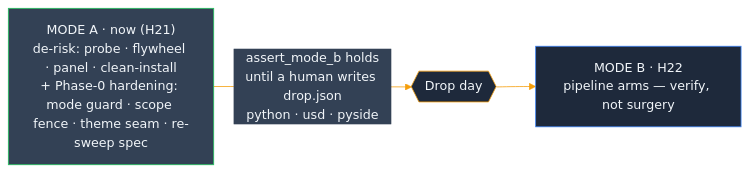
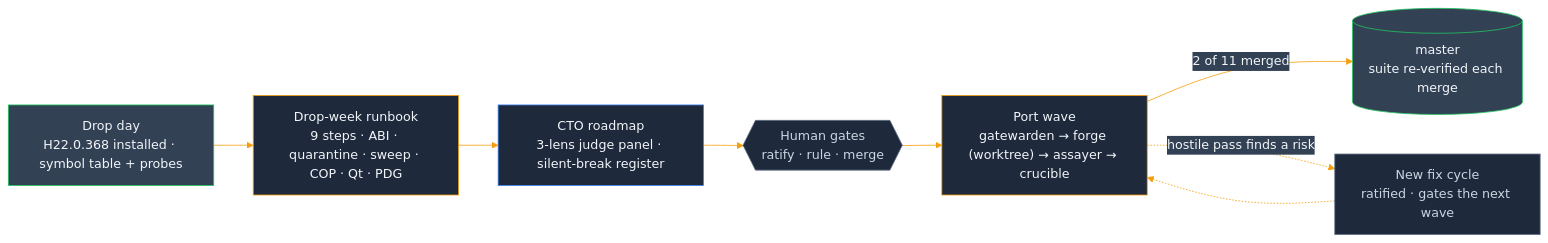
Before and after one commit to JosephOIbrahim/Synapse: the second of 6 diagrams in README.md, drawn with Mermaid. The commit also changed other lines of this file and 5 other files, not shown here.

````diff
--- a/README.md
+++ b/README.md
@@ -109,9 +113,15 @@
 ```mermaid
 %%{init: {'theme':'base', 'themeVariables': {'primaryColor':'#1e293b','primaryTextColor':'#f1f5f9','primaryBorderColor':'#0f172a','lineColor':'#f59e0b','secondaryColor':'#334155','tertiaryColor':'#475569'}}}%%
 flowchart LR
-    A["MODE A · now (H21)<br/>de-risk: probe · flywheel · panel · clean-install<br/>+ Phase-0 hardening: mode guard · scope fence · theme seam · re-sweep spec"]:::hou -->|"assert_mode_b holds<br/>until a human writes drop.json<br/>python · usd · pyside"| G{{"Drop day"}}:::side
-    G --> B["MODE B · H22<br/>pipeline arms — verify, not surgery"]:::panel
+    DROP["Drop day<br/>H22.0.368 installed · symbol table + probes"]:::hou --> RUN["Drop-week runbook<br/>9 steps · ABI · quarantine · sweep · COP · Qt · PDG"]:::bridge
+    RUN --> MAP["CTO roadmap<br/>3-lens judge panel · silent-break register"]:::panel
+    MAP --> GATE{{"Human gates<br/>ratify · rule · merge"}}:::side
+    GATE --> WAVE["Port wave<br/>gatewarden → forge (worktree) → assayer → crucible"]:::bridge
+    WAVE -->|"2 of 11 merged"| MERGED[("master<br/>suite re-verified each merge")]:::hou
+    WAVE -.hostile pass finds a risk.-> FIX["New fix cycle<br/>ratified · gates the next wave"]:::side
+    FIX -.-> WAVE
     classDef panel fill:#1e293b,stroke:#3b82f6,color:#f1f5f9
+    classDef bridge fill:#1e293b,stroke:#f59e0b,color:#f1f5f9
     classDef hou fill:#334155,stroke:#22c55e,color:#f1f5f9
-    classDef side fill:#1e293b,stroke:#f59e0b,color:#f1f5f9
+    classDef side fill:#1e293b,stroke:#64748b,color:#cbd5e1
 ```
````
